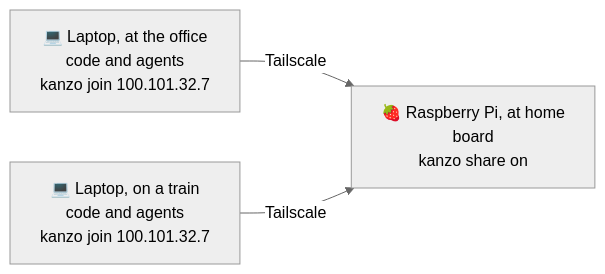
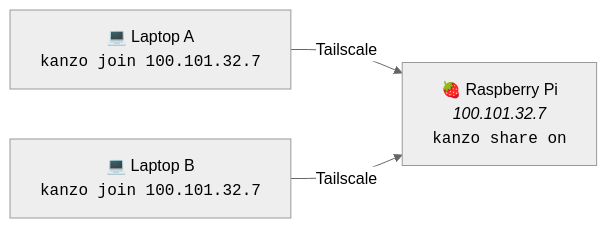
The third of 3 diagrams in README.md (emanuele-em/kanzo), drawn with Mermaid (neutral theme) before and after one commit. The commit also changed other lines of this file, not shown here.

First line of the commit message:
Shorten the sharing diagrams in the README

````diff
--- a/README.md
+++ b/README.md
@@ -116,5 +116,5 @@
 ```mermaid
 flowchart LR
-  a["💻 Laptop, at the office<br>code and agents<br>kanzo join 100.101.32.7"] -- Tailscale --> pi["🍓 Raspberry Pi, at home<br>board<br>kanzo share on"]
-  b["💻 Laptop, on a train<br>code and agents<br>kanzo join 100.101.32.7"] -- Tailscale --> pi
+  A["💻 Laptop A<br><code>kanzo#nbsp;join#nbsp;100.101.32.7</code>"] -- Tailscale --> pi["🍓 Raspberry Pi<br><i>100.101.32.7</i><br><code>kanzo#nbsp;share#nbsp;on</code>"]
+  B["💻 Laptop B<br><code>kanzo#nbsp;join#nbsp;100.101.32.7</code>"] -- Tailscale --> pi
 ```
````
